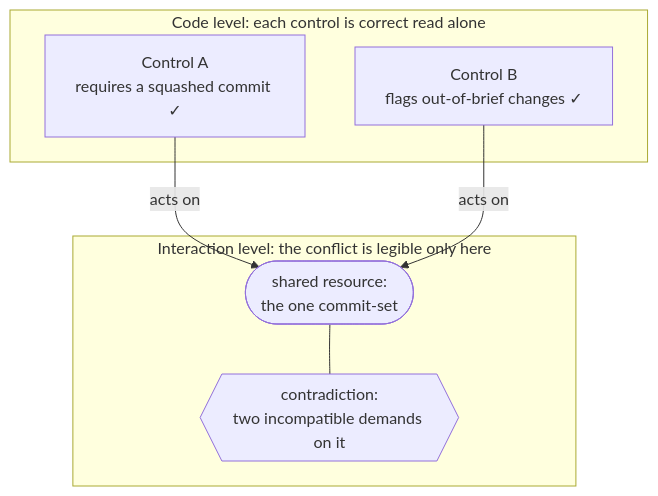
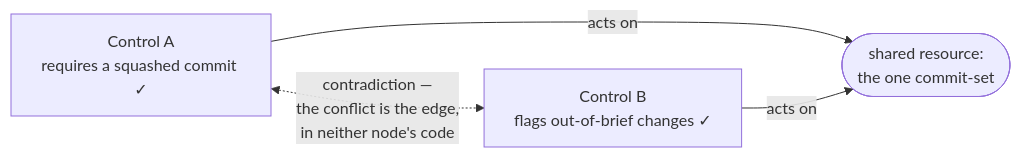
Before and after one commit to davisjam/agent-governance-mechanisms: the diagram in book/part2/2.6-when-guardrails-collide.md, drawn with Mermaid. The commit also changed other lines of this file and 1 other file, not shown here.

Commit message:
book(2.6): redraw the figure as the governance graph, not a 2.2 semantic-gap rerun
The figure I added echoed 2.2's semantic-gap figure exactly — a two-tier
"code level / interaction level" vertical stack — so the governance chapter's
one figure showcased the idea it SHARES with 2.2 (the level-lift) instead of
what makes 2.6 distinct. Redraw it as the thing 2.6 is actually about: a
horizontal graph — two control nodes, one shared resource they both act on, and
the conflict as the EDGE between them ("the conflict is the edge, in neither
node's code"). Illustrates the governance graph in miniature, visually distinct
from 2.2's vertical stack, and still lands the semantic-gap point as a
consequence. Caption ties to the chapter's opening ("drawn nowhere until the
graph draws it"). The one-line "this is the semantic gap again" prose stays as a
light callback.

PDF content-integrity gate: PASS (359pp, mermaid ASSERT PASS, density 61%).

````diff
--- a/book/part2/2.6-when-guardrails-collide.md
+++ b/book/part2/2.6-when-guardrails-collide.md
@@ -23,16 +23,8 @@
 ```mermaid
-flowchart TB
-    subgraph INTER["Interaction level: the conflict is legible only here"]
-        R(["shared resource:<br/>the one commit-set"])
-        X{{"contradiction:<br/>two incompatible demands on it"}}
-        R --- X
-    end
-    subgraph CODE["Code level: each control is correct read alone"]
-        A["Control A<br/>requires a squashed commit ✓"]
-        B["Control B<br/>flags out-of-brief changes ✓"]
-    end
-    A -->|acts on| R
-    B -->|acts on| R
-    accTitle: The semantic gap — a conflict invisible in either control's code
-    accDescr: Two boxes on a lower code level, Control A which requires a squashed commit and Control B which flags out-of-brief changes, are each locally correct when read alone. Both send arrows up to a shared resource, the one commit-set, on an upper interaction level, where a contradiction marker sits on the resource: two incompatible demands on the one thing. The defect is in neither control's code below; it appears only when both are drawn against the shared resource above. That vertical distance is the semantic gap.
+flowchart LR
+    A["Control A<br/>requires a squashed commit ✓"] -->|acts on| R(["shared resource:<br/>the one commit-set"])
+    B["Control B<br/>flags out-of-brief changes ✓"] -->|acts on| R
+    A <-.->|"contradiction —<br/>the conflict is the edge,<br/>in neither node's code"| B
+    accTitle: The conflict is the edge — a collision drawn nowhere until the graph draws it
+    accDescr: Two control nodes — Control A, which requires a squashed commit, and Control B, which flags out-of-brief changes — each correct when read alone. Both point by a solid arrow to one shared resource, the commit-set, that they act on. A dotted edge runs directly between the two controls, labelled contradiction: the conflict is that edge, present in neither node's own code, arising because the two make incompatible demands on the one resource they share.
 ```
````
